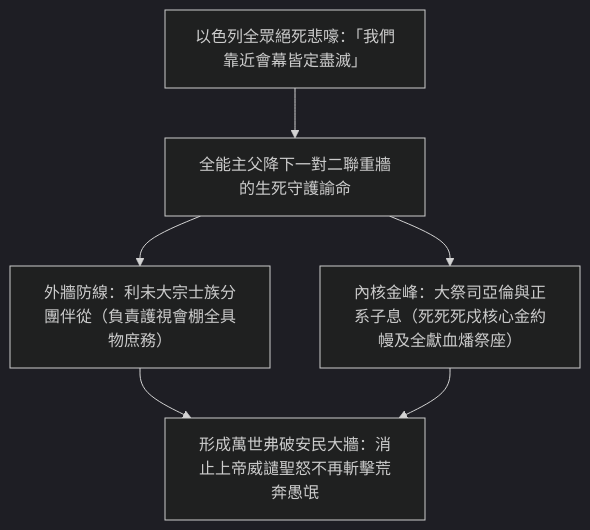
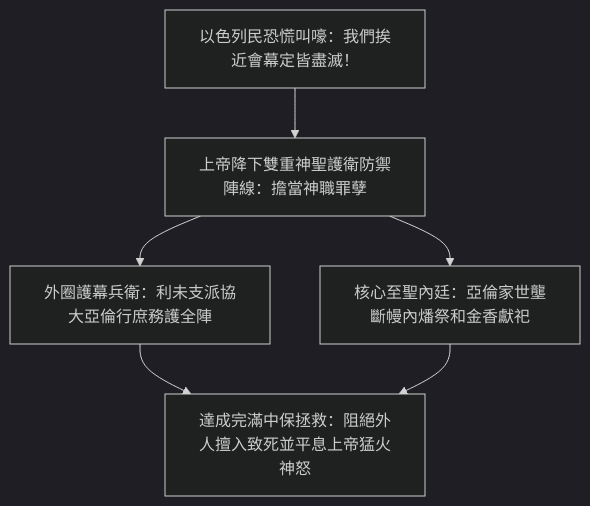
The first of 3 diagrams in 04 民數記/第18章.md (andyjr5566/Bible_wiki_zh), drawn with Mermaid (dark theme) before and after one commit. The commit also changed other lines of this file and 32 other files, not shown here.

````diff
--- a/04 民數記/第18章.md
+++ b/04 民數記/第18章.md
@@ -67,7 +73,7 @@
 ```mermaid
 flowchart TD
-    A["以色列全眾絕死悲嚎：「我們靠近會幕皆定盡滅」"] --> B["全能主父降下一對二聯重牆的生死守護諭命"]
-    B --> C["外牆防線：利未大宗士族分團伴從（負責護視會棚全具物庶務）"]
-    B --> D["內核金峰：大祭司亞倫與正系子息（死死死戍核心金約幔及全獻血燔祭座）"]
-    C & D --> E["形成萬世弗破安民大牆：消止上帝威譴聖怒不再斬擊荒奔愚氓"]
+    A["以色列民恐慌叫嚎：我們挨近會幕定皆盡滅！"] --> B["上帝降下雙重神聖護衛防禦陣線：擔當神職罪孽"]
+    B --> C["外圈護幕兵衛：利未支派協大亞倫行庶務護全陣"]
+    B --> D["核心至聖內廷：亞倫家世壟斷幔內燔祭和金香獻祀"]
+    C & D --> E["達成完滿中保拯救：阻絕外人擅入致死並平息上帝猛火神怒"]
 ```
````
